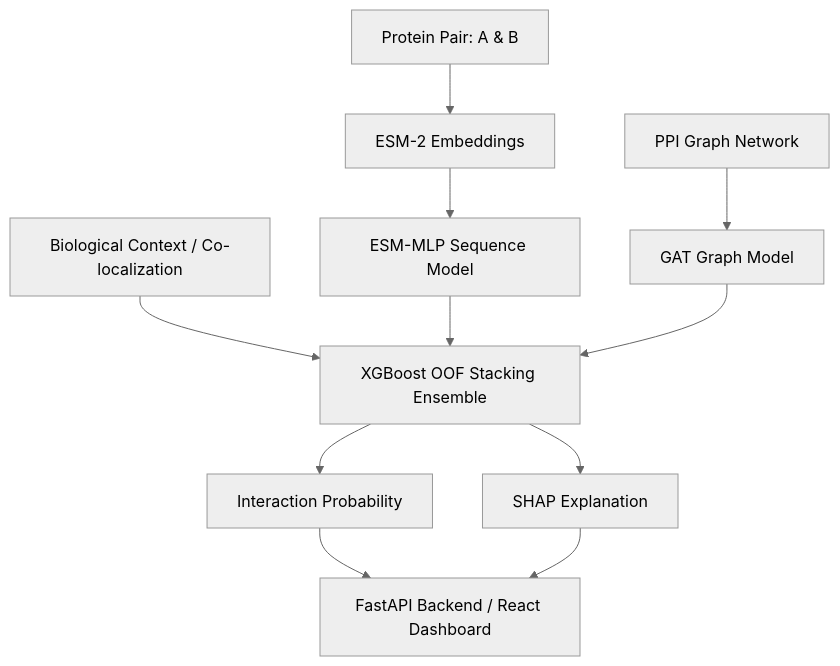
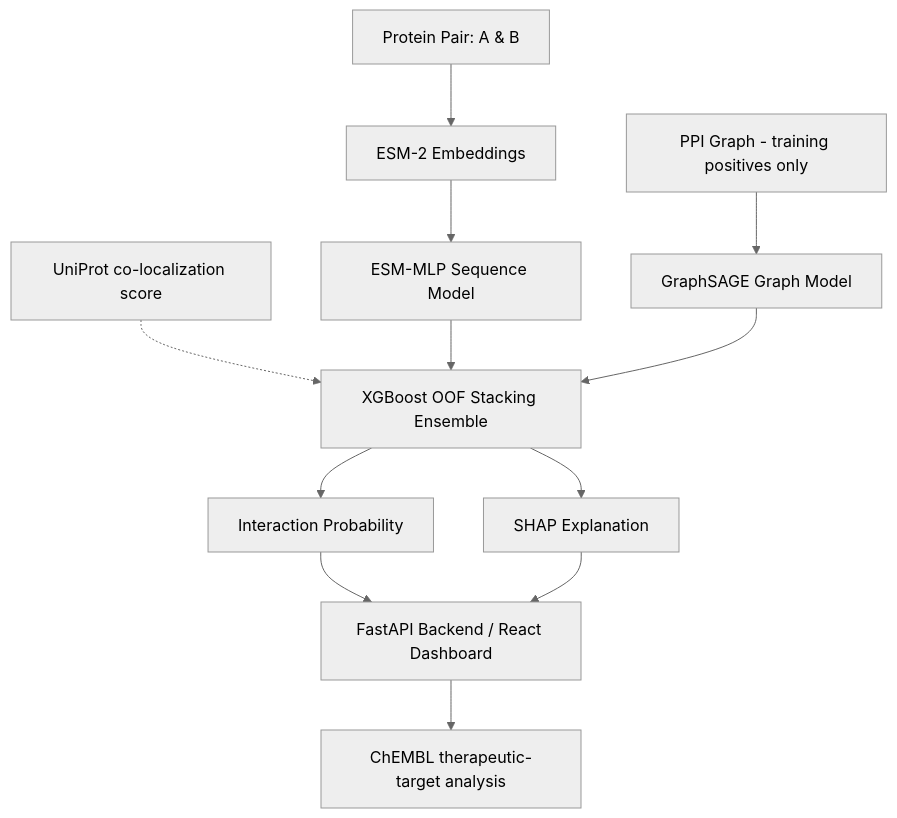
The diagram in README.md (AshShenoy14/Majorproject), drawn with Mermaid (neutral theme) before and after one commit. The commit also changed other lines of this file and 39 other files, not shown here.

````diff
--- a/README.md
+++ b/README.md
@@ -37,18 +38,19 @@
 ```mermaid
 graph TD
     A[Protein Pair: A & B] --> B[ESM-2 Embeddings]
     B --> C[ESM-MLP Sequence Model]
 
-    D[PPI Graph Network] --> E[GAT Graph Model]
-    
-    K[Biological Context / Co-localization] --> F
+    D[PPI Graph - training positives only] --> E[GraphSAGE Graph Model]
+
+    K[UniProt co-localization score] -.-> F
 
     C --> F[XGBoost OOF Stacking Ensemble]
     E --> F
 
     F --> G[Interaction Probability]
     F --> H[SHAP Explanation]
 
     G --> L[FastAPI Backend / React Dashboard]
     H --> L
+    L --> M[ChEMBL therapeutic-target analysis]
 ```
````
